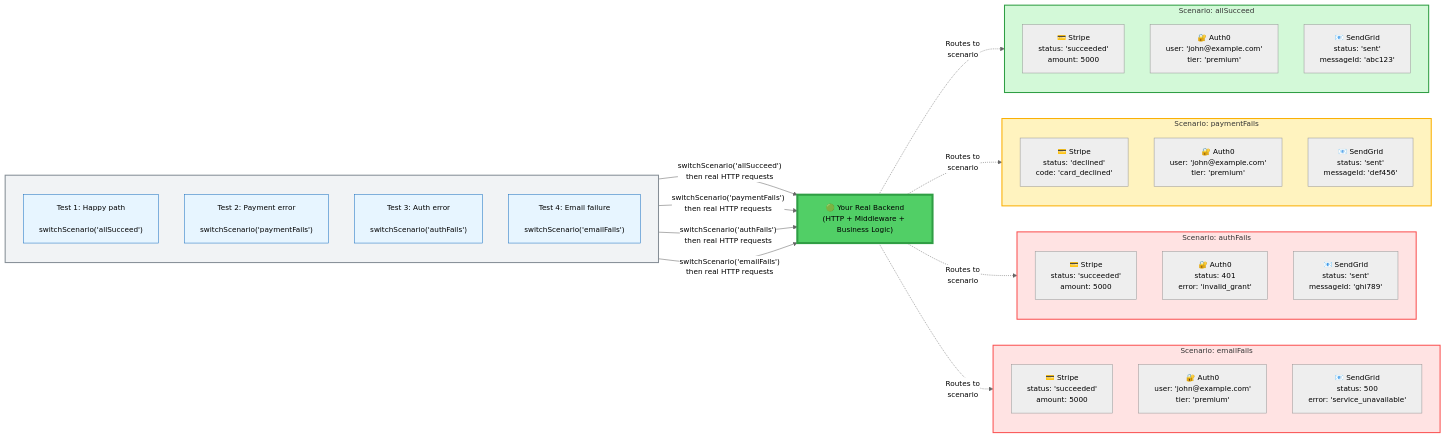
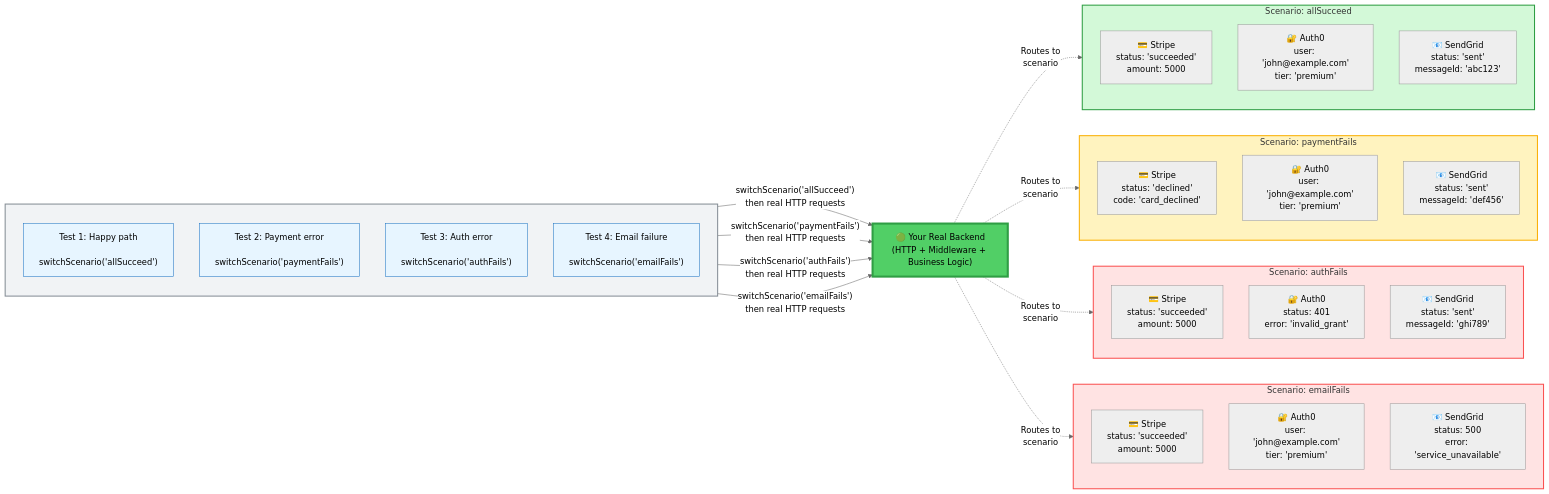
The first of 3 diagrams in apps/docs/src/content/docs/introduction/overview.md (citypaul/scenarist), drawn with Mermaid before and after one commit. The commit also changed 1 other file, not shown here.

Commit message:
docs: improve diagram readability on mobile screens
Enhancements:
1. Increased Mermaid font size from 14px to 16px for better legibility
2. Added CSS for horizontal scrolling on screens <768px
3. Added subtle '← Scroll to see full diagram →' hint on mobile
4. Gradient fade edges to indicate scrollable content
5. Smooth iOS scrolling support

The diagram remains fully visible on mobile with horizontal panning,
while maintaining the full desktop layout for better context.

````diff
--- a/apps/docs/src/content/docs/introduction/overview.md
+++ b/apps/docs/src/content/docs/introduction/overview.md
@@ -16,62 +16,62 @@
 ```mermaid
-%%{init: {'theme':'neutral', 'themeVariables': {'fontSize':'14px', 'fontFamily':'arial'}}}%%
+%%{init: {'theme':'neutral', 'themeVariables': {'fontSize':'16px', 'fontFamily':'arial'}}}%%
 graph LR
     subgraph tests[" "]
         direction TB
         T1["Test 1: Happy path<br/><br/>switchScenario('allSucceed')"]
         T2["Test 2: Payment error<br/><br/>switchScenario('paymentFails')"]
         T3["Test 3: Auth error<br/><br/>switchScenario('authFails')"]
         T4["Test 4: Email failure<br/><br/>switchScenario('emailFails')"]
     end
 
     B["🟢 Your Real Backend<br/>(HTTP + Middleware + Business Logic)"]
 
     subgraph scenario1["Scenario: allSucceed"]
         direction TB
         S1A["💳 Stripe<br/>status: 'succeeded'<br/>amount: 5000"]
         S1B["🔐 Auth0<br/>user: 'john@example.com'<br/>tier: 'premium'"]
         S1C["📧 SendGrid<br/>status: 'sent'<br/>messageId: 'abc123'"]
     end
 
     subgraph scenario2["Scenario: paymentFails"]
         direction TB
         S2A["💳 Stripe<br/>status: 'declined'<br/>code: 'card_declined'"]
         S2B["🔐 Auth0<br/>user: 'john@example.com'<br/>tier: 'premium'"]
         S2C["📧 SendGrid<br/>status: 'sent'<br/>messageId: 'def456'"]
     end
 
     subgraph scenario3["Scenario: authFails"]
         direction TB
         S3A["💳 Stripe<br/>status: 'succeeded'<br/>amount: 5000"]
         S3B["🔐 Auth0<br/>status: 401<br/>error: 'invalid_grant'"]
         S3C["📧 SendGrid<br/>status: 'sent'<br/>messageId: 'ghi789'"]
     end
 
     subgraph scenario4["Scenario: emailFails"]
         direction TB
         S4A["💳 Stripe<br/>status: 'succeeded'<br/>amount: 5000"]
         S4B["🔐 Auth0<br/>user: 'john@example.com'<br/>tier: 'premium'"]
         S4C["📧 SendGrid<br/>status: 500<br/>error: 'service_unavailable'"]
     end
 
     T1 -->|"switchScenario('allSucceed')"<br/>then real HTTP requests| B
     T2 -->|"switchScenario('paymentFails')"<br/>then real HTTP requests| B
     T3 -->|"switchScenario('authFails')"<br/>then real HTTP requests| B
     T4 -->|"switchScenario('emailFails')"<br/>then real HTTP requests| B
 
     B -.->|Routes to<br/>scenario| scenario1
     B -.->|Routes to<br/>scenario| scenario2
     B -.->|Routes to<br/>scenario| scenario3
     B -.->|Routes to<br/>scenario| scenario4
 
     style tests fill:#f1f3f5,stroke:#868e96,stroke-width:2px
     style B fill:#51cf66,stroke:#2f9e44,stroke-width:4px
     style scenario1 fill:#d3f9d8,stroke:#2f9e44,stroke-width:2px
     style scenario2 fill:#fff3bf,stroke:#fab005,stroke-width:2px
     style scenario3 fill:#ffe3e3,stroke:#fa5252,stroke-width:2px
     style scenario4 fill:#ffe3e3,stroke:#fa5252,stroke-width:2px
     style T1 fill:#e7f5ff,stroke:#1971c2
     style T2 fill:#e7f5ff,stroke:#1971c2
     style T3 fill:#e7f5ff,stroke:#1971c2
     style T4 fill:#e7f5ff,stroke:#1971c2
 ```
````
